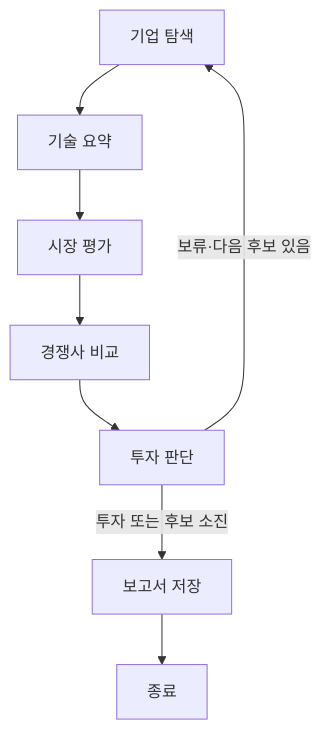
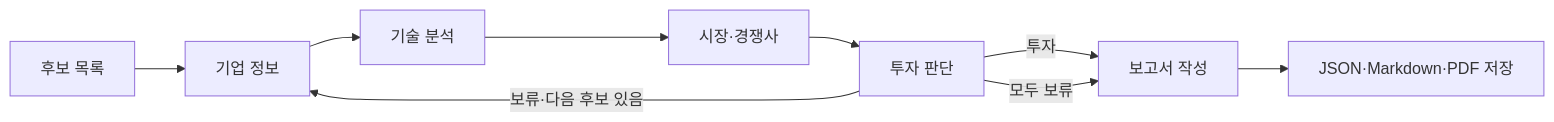
Before and after one commit to nowjinpark/ai-startup-investment-agent: the diagram in README.md, drawn with Mermaid. The commit also changed other lines of this file and 39 other files, not shown here.

````diff
--- a/README.md
+++ b/README.md
@@ -64,10 +54,8 @@
 ```mermaid
-flowchart TD
-    A[기업 탐색] --> B[기술 요약]
-    B --> C[시장 평가]
-    C --> D[경쟁사 비교]
-    D --> E[투자 판단]
-    E -->|보류·다음 후보 있음| A
-    E -->|투자 또는 후보 소진| F[보고서 저장]
-    F --> G[종료]
+flowchart LR
+    A[후보 목록] --> B[기업 정보] --> C[기술 분석] --> D[시장·경쟁사] --> E[투자 판단]
+    E -->|투자| F[보고서 작성]
+    E -->|보류·다음 후보 있음| B
+    E -->|모두 보류| F
+    F --> G[JSON·Markdown·PDF 저장]
 ```
````
